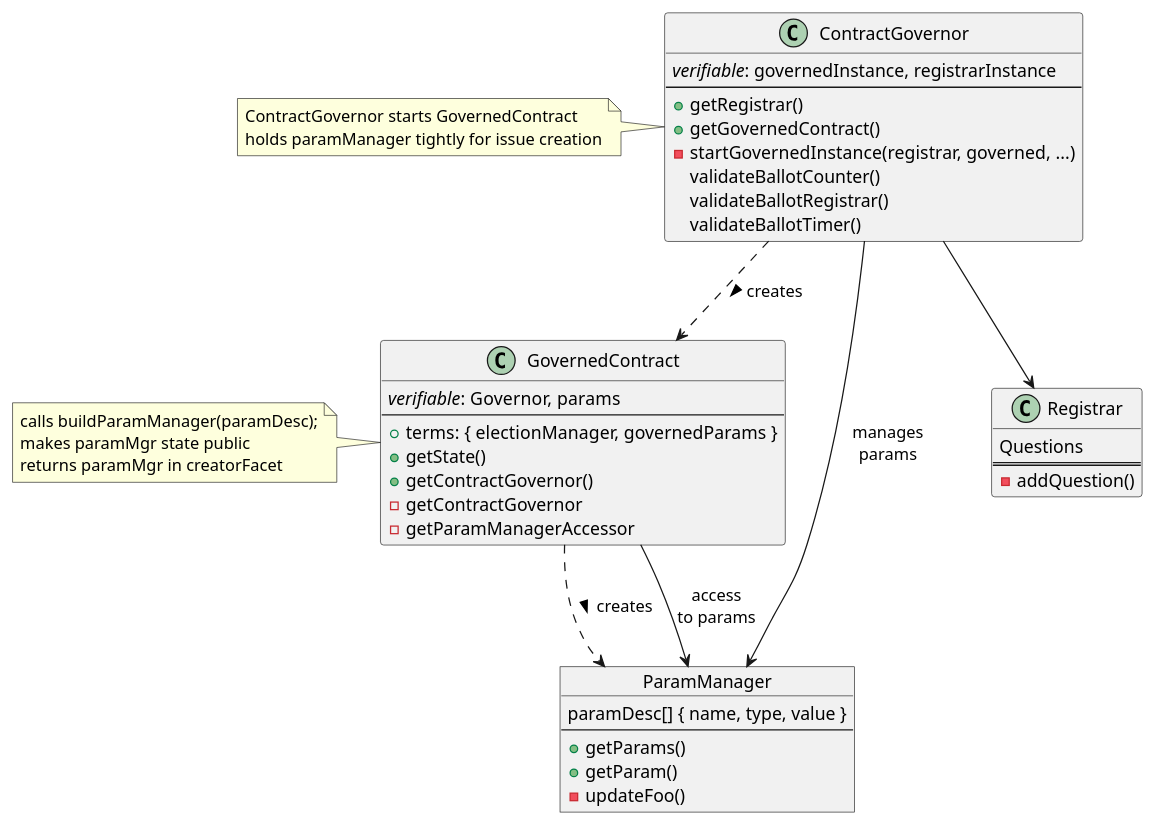
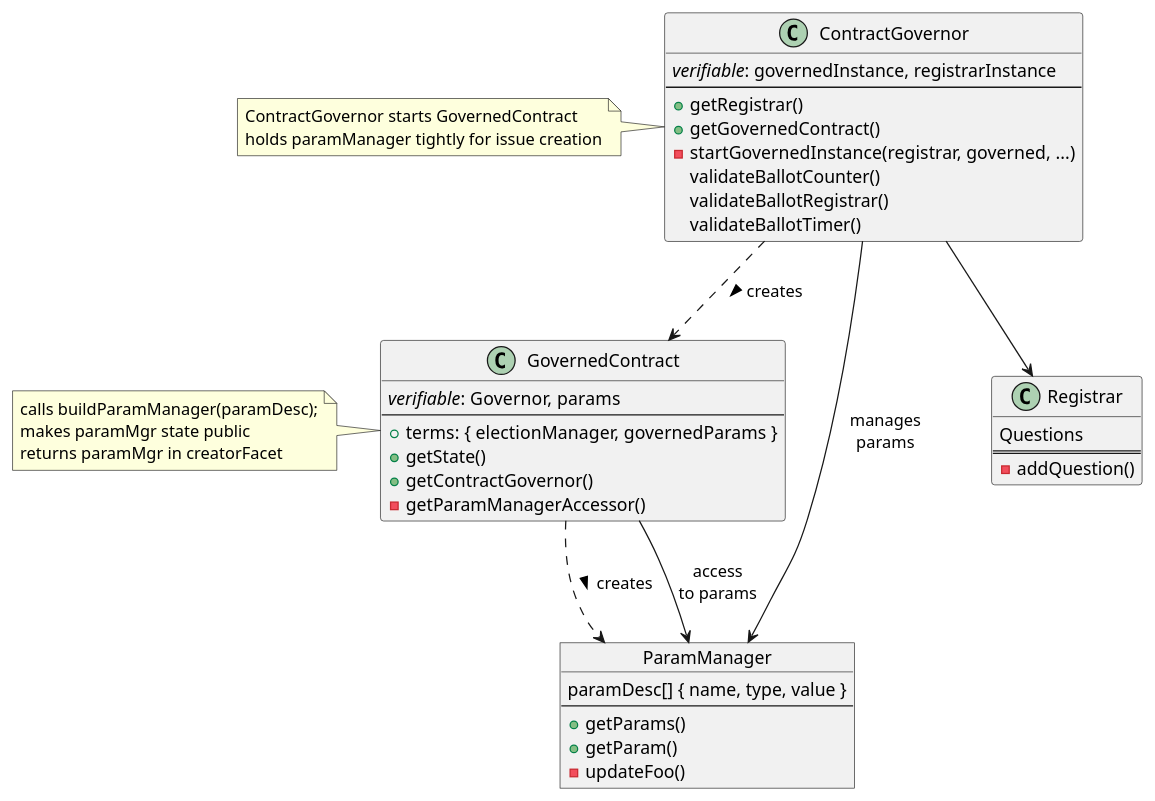
The diagram in packages/governance/docs/contracts.puml (Agoric/agoric-sdk), drawn with PlantUML before and after one commit. The commit also changed 18 other files, not shown here.

```diff
--- a/packages/governance/docs/contracts.puml
+++ b/packages/governance/docs/contracts.puml
@@ -1,46 +1,45 @@
 @startuml contract governance
 
 Object ParamManager {
     paramDesc[] { name, type, value }
     --
     +getParams()
     +getParam()
     -updateFoo()
 }
 
 class GovernedContract {
     <i>verifiable</i>: Governor, params
     --
     +terms: { electionManager, governedParams }
     +getState()
     +getContractGovernor()
-    -getContractGovernor
-    -getParamManagerAccessor
+    -getParamManagerAccessor()
 }
 note  left : calls buildParamManager(paramDesc);\nmakes paramMgr state public\nreturns paramMgr in creatorFacet
 
 class ContractGovernor {
     <i>verifiable</i>: governedInstance, registrarInstance
     --
     +getRegistrar()
     +getGovernedContract()
     -startGovernedInstance(registrar, governed, ...)
     validateBallotCounter()
     validateBallotRegistrar()
     validateBallotTimer()
 }
 note left : ContractGovernor starts GovernedContract\nholds paramManager tightly for issue creation
 
 class Registrar {
     Questions
     ===
     -addQuestion()
 }
 
 GovernedContract ..> ParamManager : creates >
 GovernedContract --> ParamManager : access\nto params
 ContractGovernor ..> GovernedContract : creates >
 ContractGovernor --> Registrar
 ContractGovernor ==> ParamManager : manages\nparams
 
 @enduml
```
